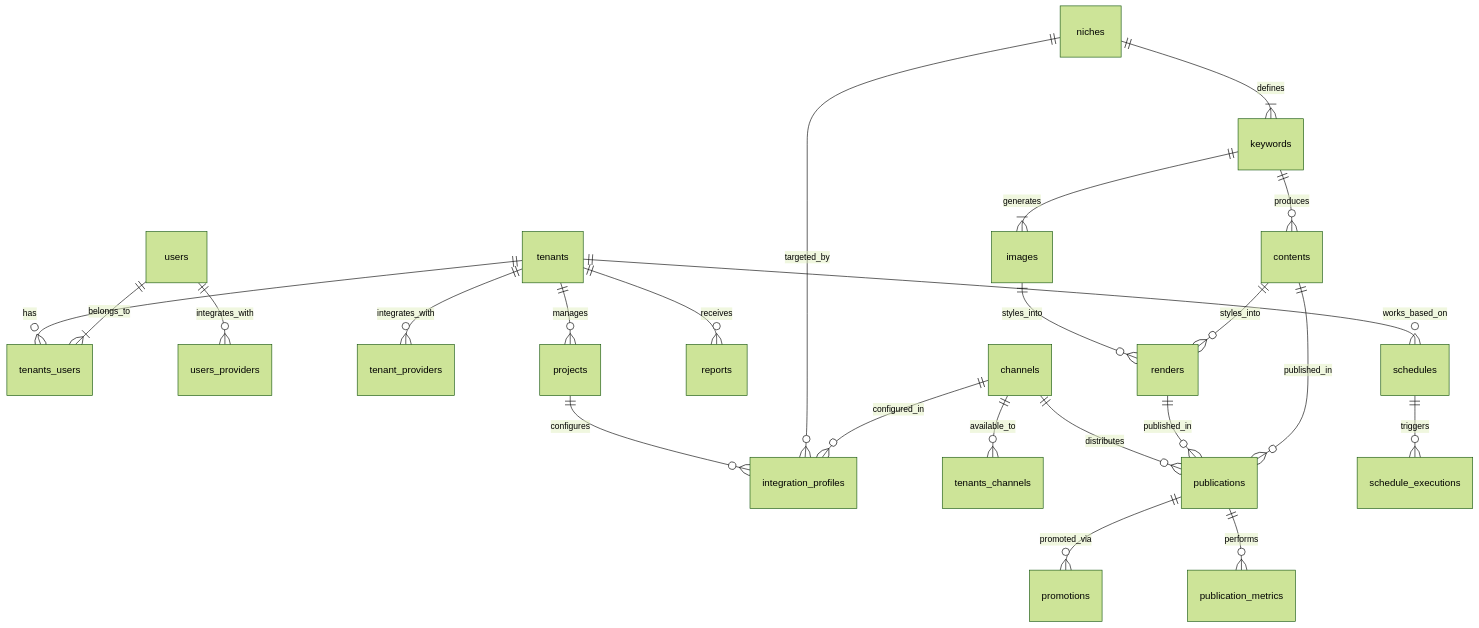
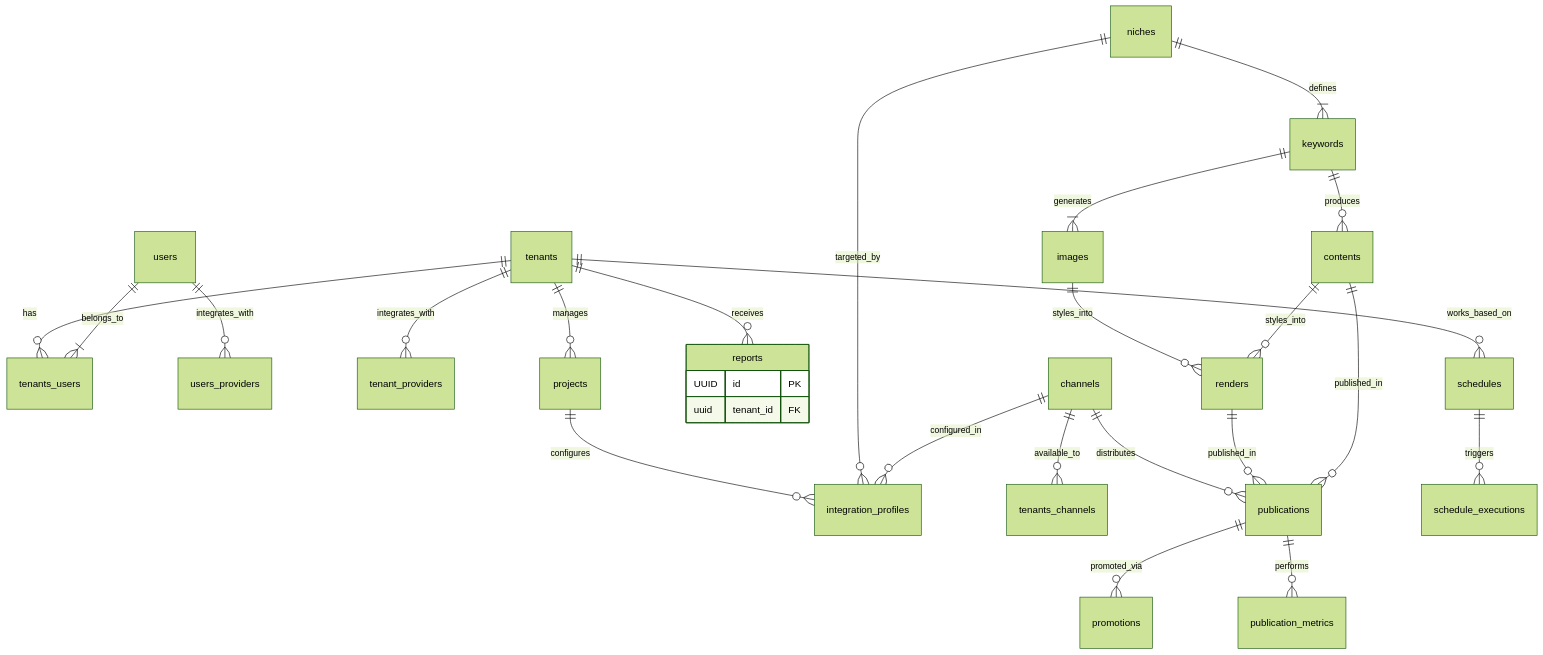
The first of 2 diagrams in README.md (rhamblin/content_automation_engine), drawn with Mermaid (forest theme) before and after one commit.

```diff
--- a/README.md
+++ b/README.md
@@ -173,7 +173,8 @@
   }
 
   reports {
-
+    UUID  id  PK
+    uuid  tenant_id FK
   }
 
   integration_profiles {
```
